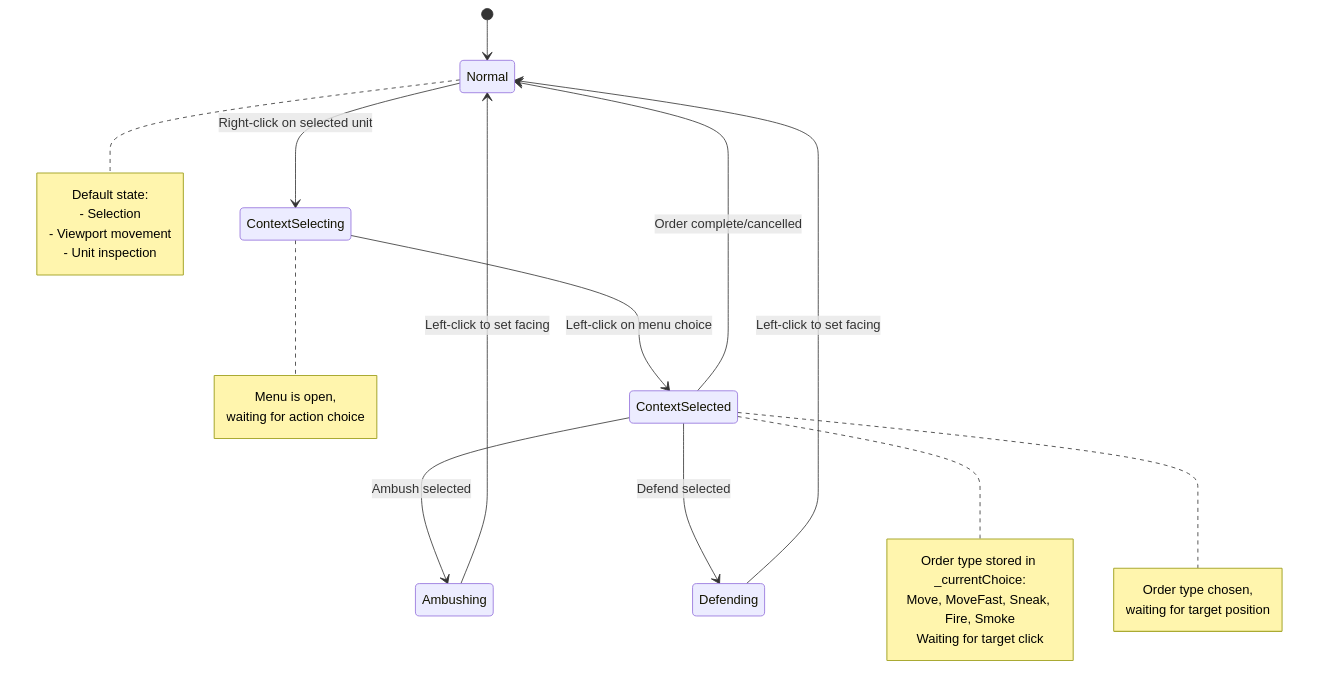
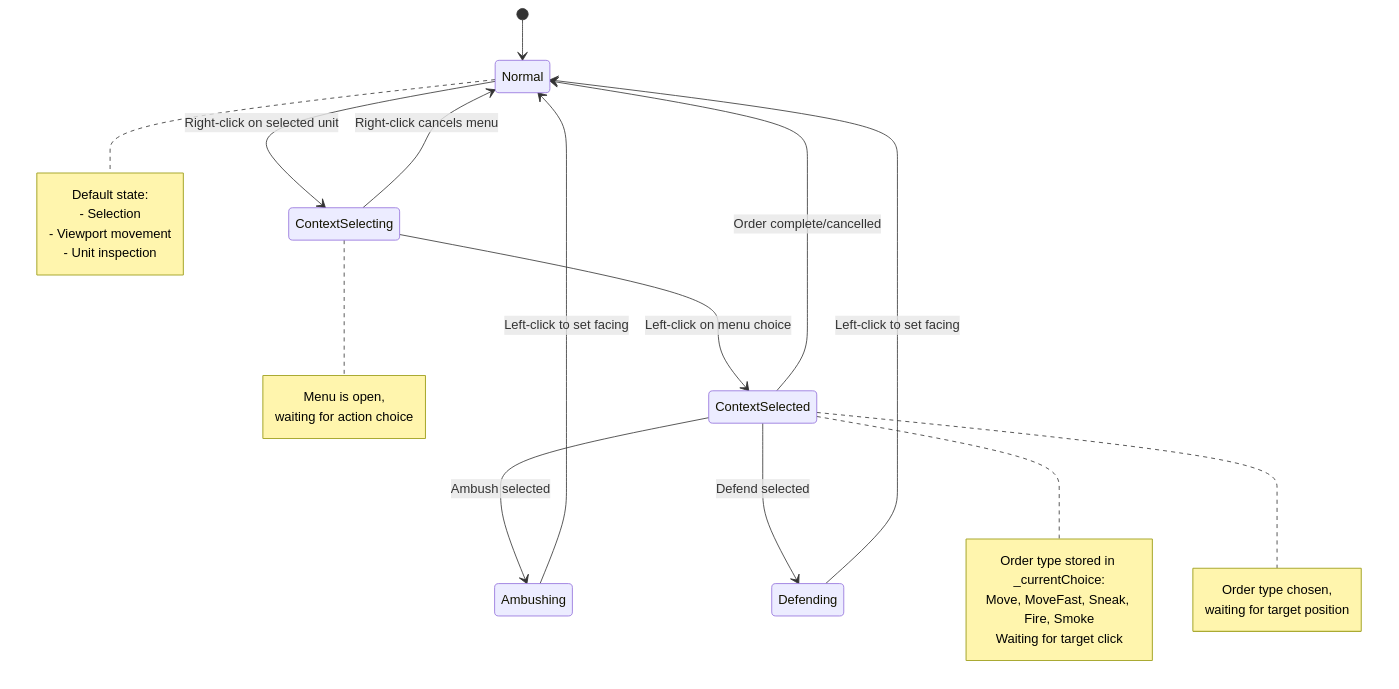
Before and after one commit to jukofyork/OpenCombat-SDL: diagram 12 of 13 in docs/chapters/09-ui-combat.md, drawn with Mermaid. The commit also changed other lines of this file and 7 other files, not shown here.

````diff
--- a/docs/chapters/09-ui-combat.md
+++ b/docs/chapters/09-ui-combat.md
@@ -395,39 +395,40 @@
 ```mermaid
 stateDiagram-v2
     [*] --> Normal
     
     Normal --> ContextSelecting: Right-click on selected unit
     
     ContextSelecting --> ContextSelected: Left-click on menu choice
+    ContextSelecting --> Normal: Right-click cancels menu
     
     ContextSelected --> Normal: Order complete/cancelled
     
     ContextSelected --> Ambushing: Ambush selected
     Ambushing --> Normal: Left-click to set facing
     
     ContextSelected --> Defending: Defend selected
     Defending --> Normal: Left-click to set facing
     
     note right of ContextSelected
         Order type stored in _currentChoice:
         Move, MoveFast, Sneak, Fire, Smoke
         Waiting for target click
     end note
     
     note right of Normal
         Default state:
         - Selection
         - Viewport movement
         - Unit inspection
     end note
     
     note right of ContextSelecting
         Menu is open,
         waiting for action choice
     end note
     
     note right of ContextSelected
         Order type chosen,
         waiting for target position
     end note
 ```
````
